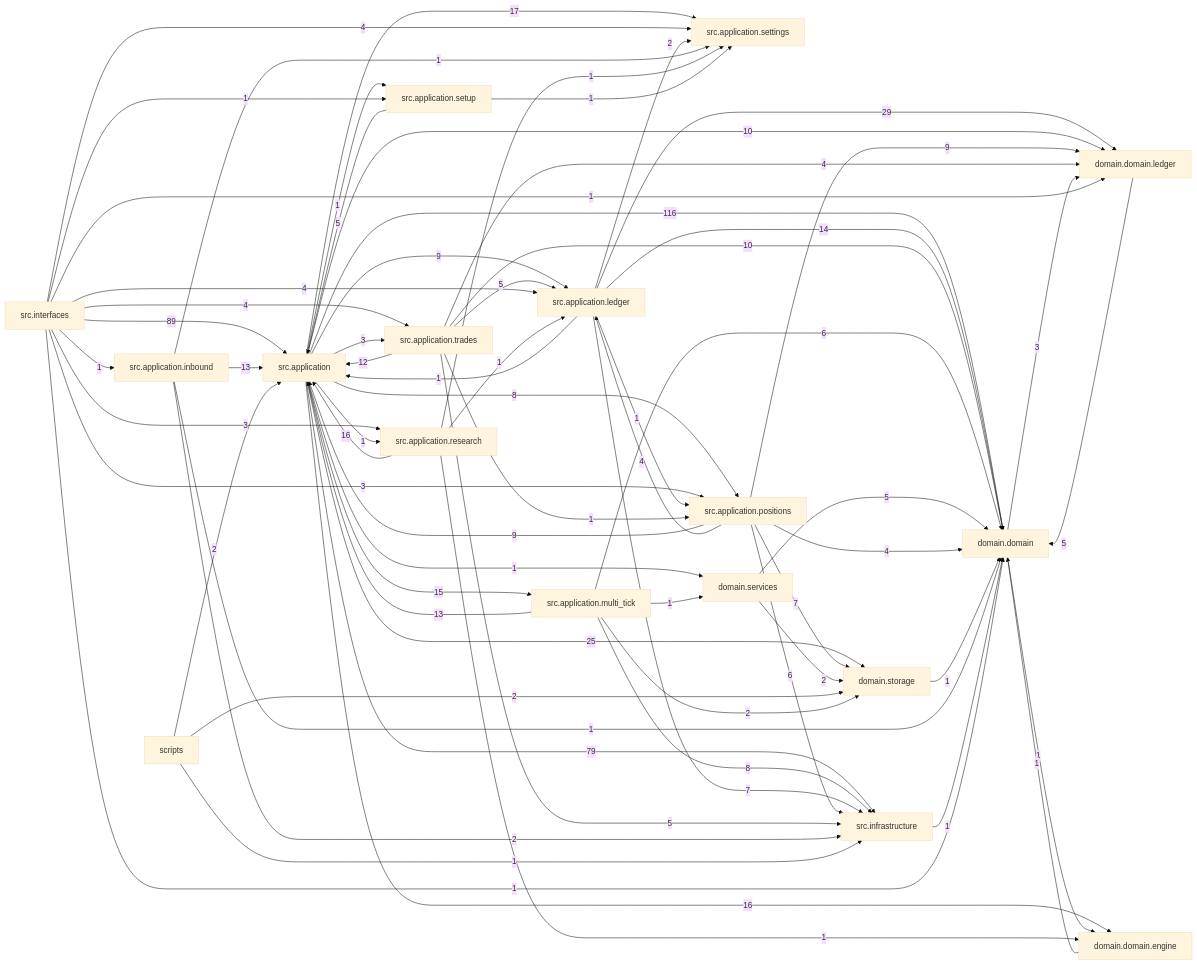
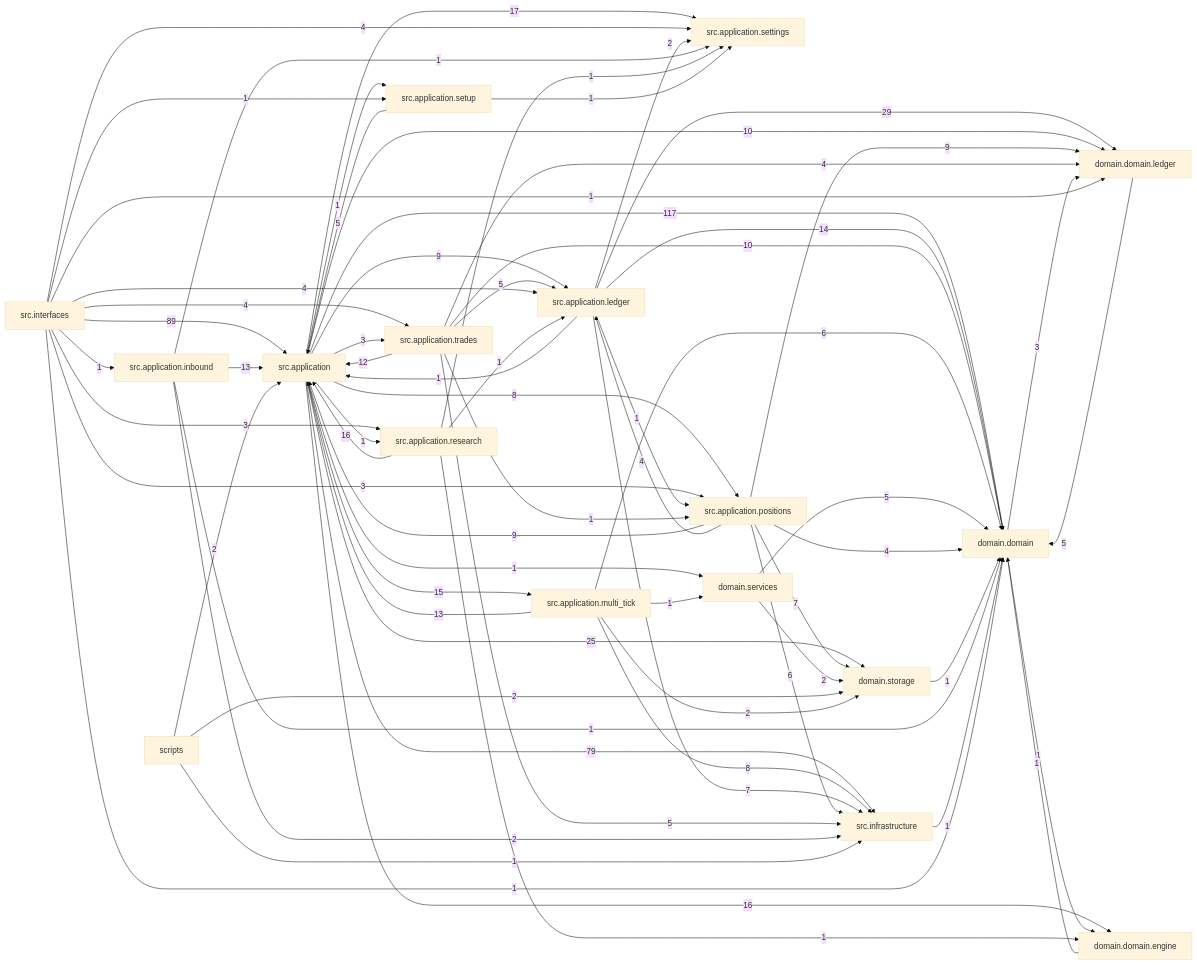
The diagram in docs/dependency_graph.mmd (liuxie066/options-monitor), drawn with Mermaid (base theme) before and after one commit. The commit also changed 7 other files, not shown here.

```diff
--- a/docs/dependency_graph.mmd
+++ b/docs/dependency_graph.mmd
@@ -1,68 +1,68 @@
 flowchart LR
-  src_application["src.application"] -->|116| domain_domain["domain.domain"]
+  src_application["src.application"] -->|117| domain_domain["domain.domain"]
   src_interfaces["src.interfaces"] -->|89| src_application["src.application"]
   src_application["src.application"] -->|79| src_infrastructure["src.infrastructure"]
   src_application_ledger["src.application.ledger"] -->|29| domain_domain_ledger["domain.domain.ledger"]
   src_application["src.application"] -->|25| domain_storage["domain.storage"]
   src_application["src.application"] -->|17| src_application_settings["src.application.settings"]
   src_application["src.application"] -->|16| domain_domain_engine["domain.domain.engine"]
   src_application_research["src.application.research"] -->|16| src_application["src.application"]
   src_application["src.application"] -->|15| src_application_multi_tick["src.application.multi_tick"]
   src_application_ledger["src.application.ledger"] -->|14| domain_domain["domain.domain"]
   src_application_inbound["src.application.inbound"] -->|13| src_application["src.application"]
   src_application_multi_tick["src.application.multi_tick"] -->|13| src_application["src.application"]
   src_application_trades["src.application.trades"] -->|12| src_application["src.application"]
   src_application["src.application"] -->|10| domain_domain_ledger["domain.domain.ledger"]
   src_application_trades["src.application.trades"] -->|10| domain_domain["domain.domain"]
   src_application["src.application"] -->|9| src_application_ledger["src.application.ledger"]
   src_application_positions["src.application.positions"] -->|9| domain_domain_ledger["domain.domain.ledger"]
   src_application_positions["src.application.positions"] -->|9| src_application["src.application"]
   src_application["src.application"] -->|8| src_application_positions["src.application.positions"]
   src_application_multi_tick["src.application.multi_tick"] -->|8| src_infrastructure["src.infrastructure"]
   src_application_ledger["src.application.ledger"] -->|7| src_infrastructure["src.infrastructure"]
   src_application_positions["src.application.positions"] -->|7| domain_storage["domain.storage"]
   src_application_multi_tick["src.application.multi_tick"] -->|6| domain_domain["domain.domain"]
   src_application_positions["src.application.positions"] -->|6| src_infrastructure["src.infrastructure"]
   domain_domain_ledger["domain.domain.ledger"] -->|5| domain_domain["domain.domain"]
   domain_services["domain.services"] -->|5| domain_domain["domain.domain"]
   src_application_setup["src.application.setup"] -->|5| src_application["src.application"]
   src_application_trades["src.application.trades"] -->|5| src_application_ledger["src.application.ledger"]
   src_application_trades["src.application.trades"] -->|5| src_infrastructure["src.infrastructure"]
   src_application_positions["src.application.positions"] -->|4| domain_domain["domain.domain"]
   src_application_positions["src.application.positions"] -->|4| src_application_ledger["src.application.ledger"]
   src_application_trades["src.application.trades"] -->|4| domain_domain_ledger["domain.domain.ledger"]
   src_interfaces["src.interfaces"] -->|4| src_application_ledger["src.application.ledger"]
   src_interfaces["src.interfaces"] -->|4| src_application_settings["src.application.settings"]
   src_interfaces["src.interfaces"] -->|4| src_application_trades["src.application.trades"]
   domain_domain["domain.domain"] -->|3| domain_domain_ledger["domain.domain.ledger"]
   src_application["src.application"] -->|3| src_application_trades["src.application.trades"]
   src_interfaces["src.interfaces"] -->|3| src_application_positions["src.application.positions"]
   src_interfaces["src.interfaces"] -->|3| src_application_research["src.application.research"]
   domain_services["domain.services"] -->|2| domain_storage["domain.storage"]
   scripts["scripts"] -->|2| domain_storage["domain.storage"]
   scripts["scripts"] -->|2| src_application["src.application"]
   src_application_inbound["src.application.inbound"] -->|2| src_infrastructure["src.infrastructure"]
   src_application_ledger["src.application.ledger"] -->|2| src_application_settings["src.application.settings"]
   src_application_multi_tick["src.application.multi_tick"] -->|2| domain_storage["domain.storage"]
   domain_domain["domain.domain"] -->|1| domain_domain_engine["domain.domain.engine"]
   domain_domain_engine["domain.domain.engine"] -->|1| domain_domain["domain.domain"]
   domain_storage["domain.storage"] -->|1| domain_domain["domain.domain"]
   scripts["scripts"] -->|1| src_infrastructure["src.infrastructure"]
   src_application["src.application"] -->|1| domain_services["domain.services"]
   src_application["src.application"] -->|1| src_application_research["src.application.research"]
   src_application["src.application"] -->|1| src_application_setup["src.application.setup"]
   src_application_inbound["src.application.inbound"] -->|1| domain_domain["domain.domain"]
   src_application_inbound["src.application.inbound"] -->|1| src_application_settings["src.application.settings"]
   src_application_ledger["src.application.ledger"] -->|1| src_application["src.application"]
   src_application_ledger["src.application.ledger"] -->|1| src_application_positions["src.application.positions"]
   src_application_multi_tick["src.application.multi_tick"] -->|1| domain_services["domain.services"]
   src_application_research["src.application.research"] -->|1| domain_domain_engine["domain.domain.engine"]
   src_application_research["src.application.research"] -->|1| src_application_ledger["src.application.ledger"]
   src_application_research["src.application.research"] -->|1| src_application_settings["src.application.settings"]
   src_application_setup["src.application.setup"] -->|1| src_application_settings["src.application.settings"]
   src_application_trades["src.application.trades"] -->|1| src_application_positions["src.application.positions"]
   src_infrastructure["src.infrastructure"] -->|1| domain_domain["domain.domain"]
   src_interfaces["src.interfaces"] -->|1| domain_domain["domain.domain"]
   src_interfaces["src.interfaces"] -->|1| domain_domain_ledger["domain.domain.ledger"]
   src_interfaces["src.interfaces"] -->|1| src_application_inbound["src.application.inbound"]
   src_interfaces["src.interfaces"] -->|1| src_application_setup["src.application.setup"]
```
